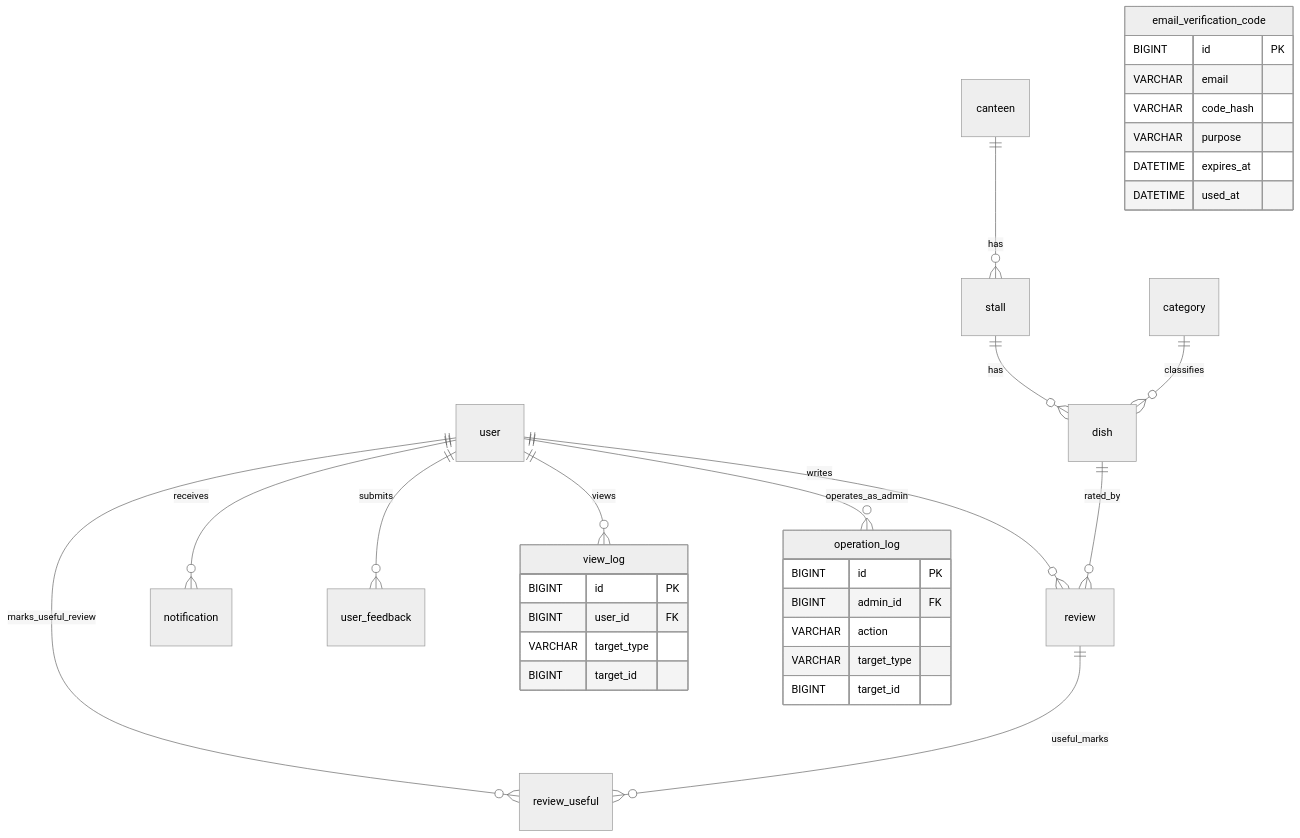
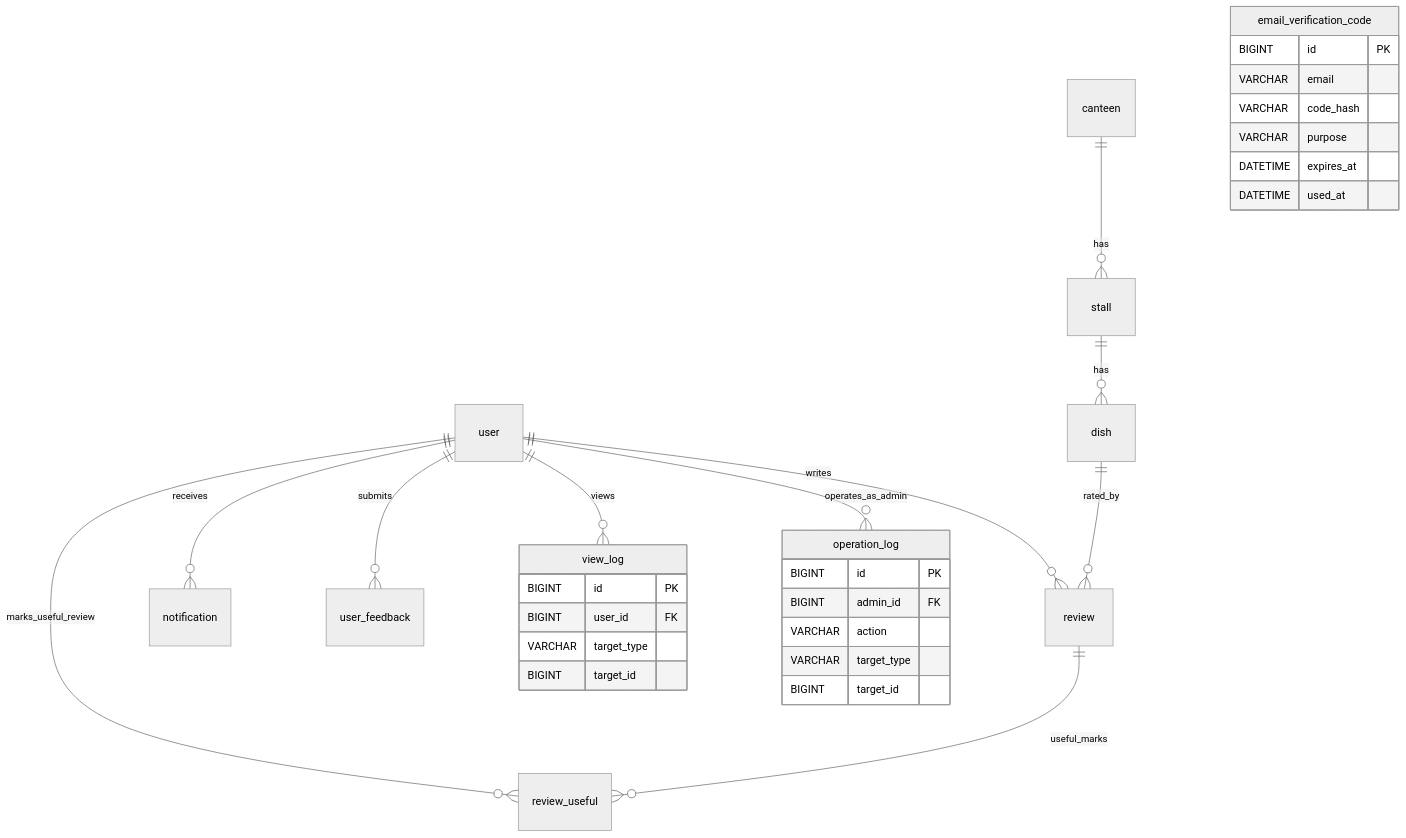
The diagram in docs/database.md (jolly326/bjtu_food), drawn with Mermaid (neutral theme) before and after one commit. The commit also changed other lines of this file and 37 other files, not shown here.

Commit message:
refactor: 品类维度整链删除（category 表/dish.category_id/端点/后台页/表单归类）+ 文档与规格同步 + 根文档表基线 12→11 修正

````diff
--- a/docs/database.md
+++ b/docs/database.md
@@ -252,37 +241,36 @@
 ```mermaid
 erDiagram
     user ||--o{ review : "writes"
     user ||--o{ notification : "receives"
     user ||--o{ user_feedback : "submits"
     user ||--o{ view_log : "views"
     user ||--o{ operation_log : "operates_as_admin"
     user ||--o{ review_useful : "marks_useful_review"
 
     canteen ||--o{ stall : "has"
     stall ||--o{ dish : "has"
-    category ||--o{ dish : "classifies"
     dish ||--o{ review : "rated_by"
     review ||--o{ review_useful : "useful_marks"
 
     email_verification_code {
         BIGINT id PK
         VARCHAR email
         VARCHAR code_hash
         VARCHAR purpose
         DATETIME expires_at
         DATETIME used_at
     }
     view_log {
         BIGINT id PK
         BIGINT user_id FK
         VARCHAR target_type
         BIGINT target_id
     }
     operation_log {
         BIGINT id PK
         BIGINT admin_id FK
         VARCHAR action
         VARCHAR target_type
         BIGINT target_id
     }
 ```
````
